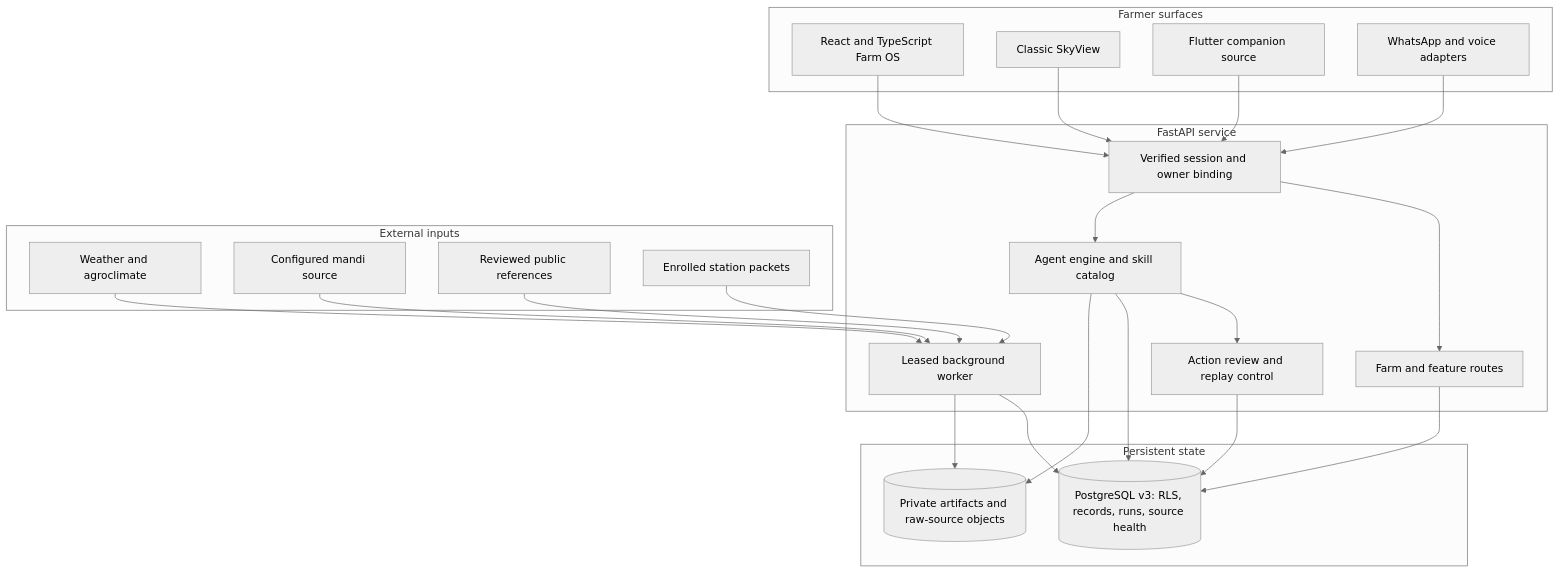
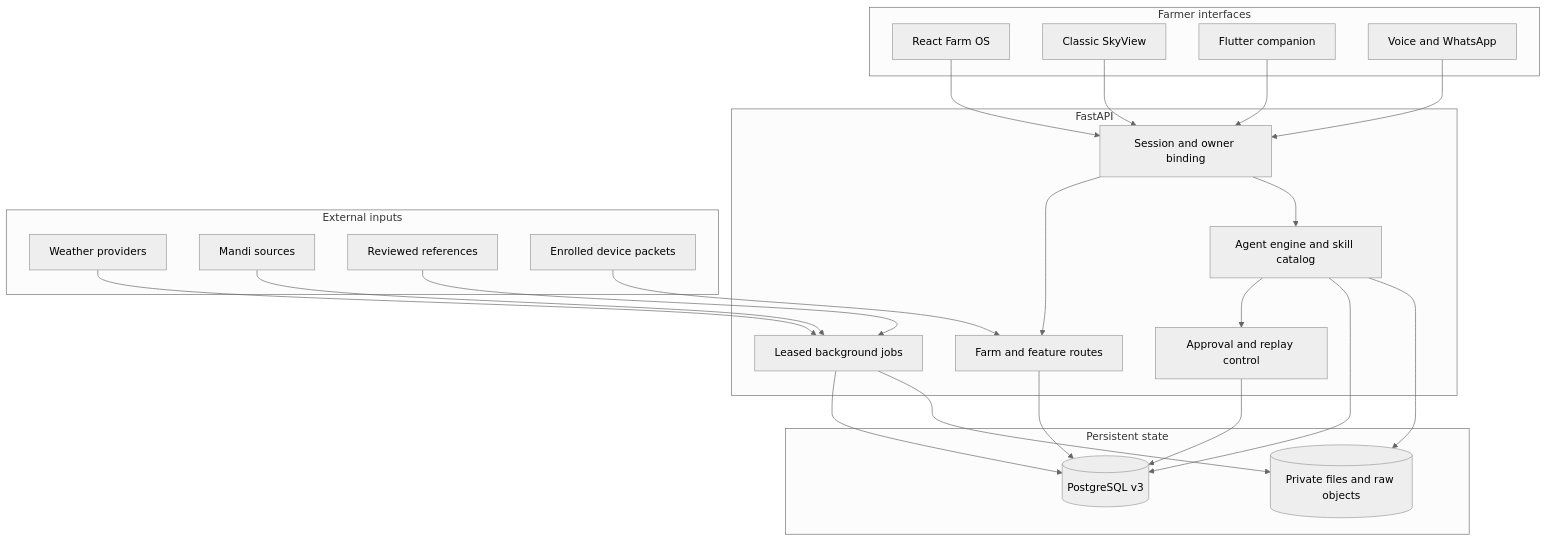
One commit to vvinayakkk/kisan-mitra-farm-os changed the second of 3 diagrams in README.md. Above: the diagram before and after it, drawn with Mermaid (neutral theme). The commit also changed other lines of this file, not shown here.

````diff
--- a/README.md
+++ b/README.md
@@ -180,33 +146,34 @@
 ```mermaid
 flowchart TB
-    subgraph Surfaces[Farmer surfaces]
-        WEB[React and TypeScript Farm OS]
-        CLASSIC[Classic SkyView]
-        MOBILE[Flutter companion source]
-        WA[WhatsApp and voice adapters]
+    subgraph Interfaces[Farmer interfaces]
+        FarmOS[React Farm OS]
+        Classic[Classic SkyView]
+        Mobile[Flutter companion]
+        Channels[Voice and WhatsApp]
     end
-    subgraph Service[FastAPI service]
-        AUTH[Verified session and owner binding]
-        ROUTES[Farm and feature routes]
-        AGENT[Agent engine and skill catalog]
-        APPROVAL[Action review and replay control]
-        WORKER[Leased background worker]
+    subgraph API[FastAPI]
+        Identity[Session and owner binding]
+        Routes[Farm and feature routes]
+        Agent[Agent engine and skill catalog]
+        Review[Approval and replay control]
+        Worker[Leased background jobs]
     end
-    subgraph Storage[Persistent state]
-        PG[(PostgreSQL v3: RLS, records, runs, source health)]
-        OBJECTS[(Private artifacts and raw-source objects)]
+    subgraph State[Persistent state]
+        Postgres[(PostgreSQL v3)]
+        Objects[(Private files and raw objects)]
     end
-    subgraph Sources[External inputs]
-        WEATHER[Weather and agroclimate]
-        OGD[Configured mandi source]
-        REVIEWED[Reviewed public references]
-        DEVICE[Enrolled station packets]
+    subgraph Inputs[External inputs]
+        Weather[Weather providers]
+        Market[Mandi sources]
+        Research[Reviewed references]
+        Device[Enrolled device packets]
     end
-    WEB & CLASSIC & MOBILE & WA --> AUTH
-    AUTH --> ROUTES & AGENT
-    AGENT --> APPROVAL --> PG
-    AGENT --> PG & OBJECTS
-    ROUTES --> PG
-    WEATHER & OGD & REVIEWED & DEVICE --> WORKER
-    WORKER --> PG & OBJECTS
+    FarmOS & Classic & Mobile & Channels --> Identity
+    Identity --> Routes & Agent
+    Agent --> Review --> Postgres
+    Agent --> Postgres & Objects
+    Routes --> Postgres
+    Weather & Market & Research --> Worker
+    Worker --> Postgres & Objects
+    Device --> Routes
 ```
````
